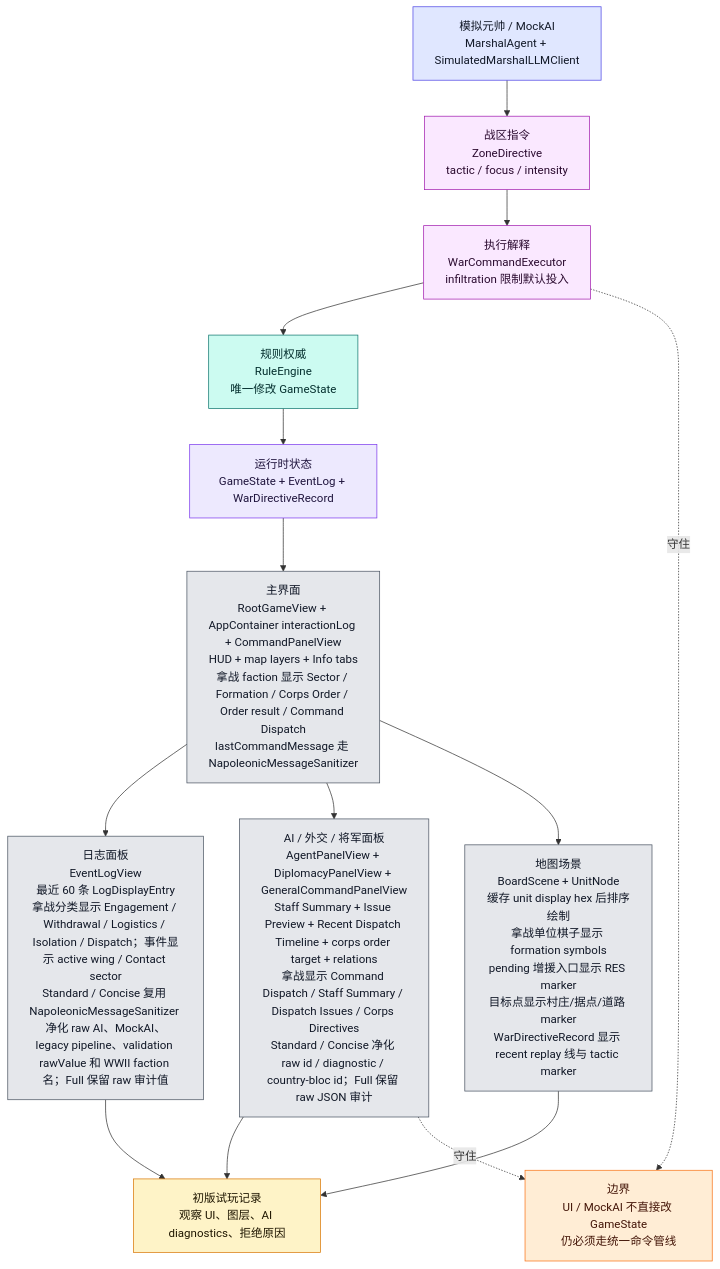
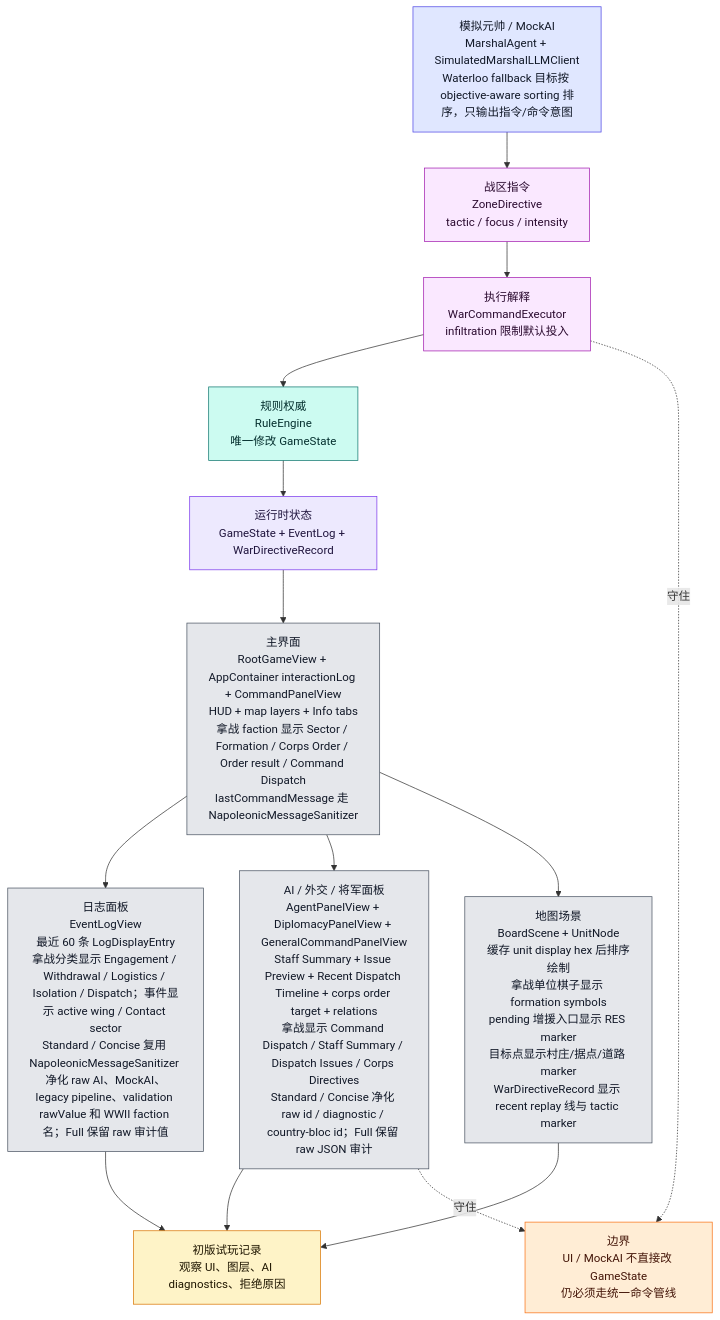
Before and after one commit to Altman-sam114/122: the eighth of 9 diagrams in md/flow/flowchart.md, drawn with Mermaid. The commit also changed 5 other files, not shown here.

````diff
--- a/md/flow/flowchart.md
+++ b/md/flow/flowchart.md
@@ -430,34 +430,34 @@
 ```mermaid
 flowchart TD
     STATE["运行时状态<br/>GameState + EventLog + WarDirectiveRecord"]:::state
     ROOT["主界面<br/>RootGameView + AppContainer interactionLog + CommandPanelView<br/>HUD + map layers + Info tabs<br/>拿战 faction 显示 Sector / Formation / Corps Order / Order result / Command Dispatch<br/>lastCommandMessage 走 NapoleonicMessageSanitizer"]:::ui
     LOG["日志面板<br/>EventLogView<br/>最近 60 条 LogDisplayEntry<br/>拿战分类显示 Engagement / Withdrawal / Logistics / Isolation / Dispatch；事件显示 active wing / Contact sector<br/>Standard / Concise 复用 NapoleonicMessageSanitizer 净化 raw AI、MockAI、legacy pipeline、validation rawValue 和 WWII faction 名；Full 保留 raw 审计值"]:::ui
     AIUI["AI / 外交 / 将军面板<br/>AgentPanelView + DiplomacyPanelView + GeneralCommandPanelView<br/>Staff Summary + Issue Preview + Recent Dispatch Timeline + corps order target + relations<br/>拿战显示 Command Dispatch / Staff Summary / Dispatch Issues / Corps Directives<br/>Standard / Concise 净化 raw id / diagnostic / country-bloc id；Full 保留 raw JSON 审计"]:::ui
     BOARD["地图场景<br/>BoardScene + UnitNode<br/>缓存 unit display hex 后排序绘制<br/>拿战单位棋子显示 formation symbols<br/>pending 增援入口显示 RES marker<br/>目标点显示村庄/据点/道路 marker<br/>WarDirectiveRecord 显示 recent replay 线与 tactic marker"]:::ui
-    MARSHAL["模拟元帅 / MockAI<br/>MarshalAgent + SimulatedMarshalLLMClient"]:::ai
+    MARSHAL["模拟元帅 / MockAI<br/>MarshalAgent + SimulatedMarshalLLMClient<br/>Waterloo fallback 目标按 objective-aware sorting 排序，只输出指令/命令意图"]:::ai
     ZD["战区指令<br/>ZoneDirective<br/>tactic / focus / intensity"]:::command
     WCE["执行解释<br/>WarCommandExecutor<br/>infiltration 限制默认投入"]:::command
     RULE["规则权威<br/>RuleEngine<br/>唯一修改 GameState"]:::rules
     PLAYTEST["初版试玩记录<br/>观察 UI、图层、AI diagnostics、拒绝原因"]:::doc
 
     STATE --> ROOT
     ROOT --> LOG
     ROOT --> AIUI
     ROOT --> BOARD
     MARSHAL --> ZD --> WCE --> RULE --> STATE
     AIUI --> PLAYTEST
     LOG --> PLAYTEST
     BOARD --> PLAYTEST
 
     WARN["边界<br/>UI / MockAI 不直接改 GameState<br/>仍必须走统一命令管线"]:::warn
     AIUI -.守住.-> WARN
     WCE -.守住.-> WARN
 
     classDef state fill:#ede9fe,stroke:#7c3aed,color:#1f143d
     classDef ui fill:#e5e7eb,stroke:#4b5563,color:#111827
     classDef ai fill:#e0e7ff,stroke:#4f46e5,color:#111827
     classDef command fill:#fae8ff,stroke:#a21caf,color:#2a0a2f
     classDef rules fill:#ccfbf1,stroke:#0f766e,color:#042f2e
     classDef doc fill:#fef3c7,stroke:#d97706,color:#1f1600
     classDef warn fill:#ffedd5,stroke:#f97316,color:#431407
 ```
````
